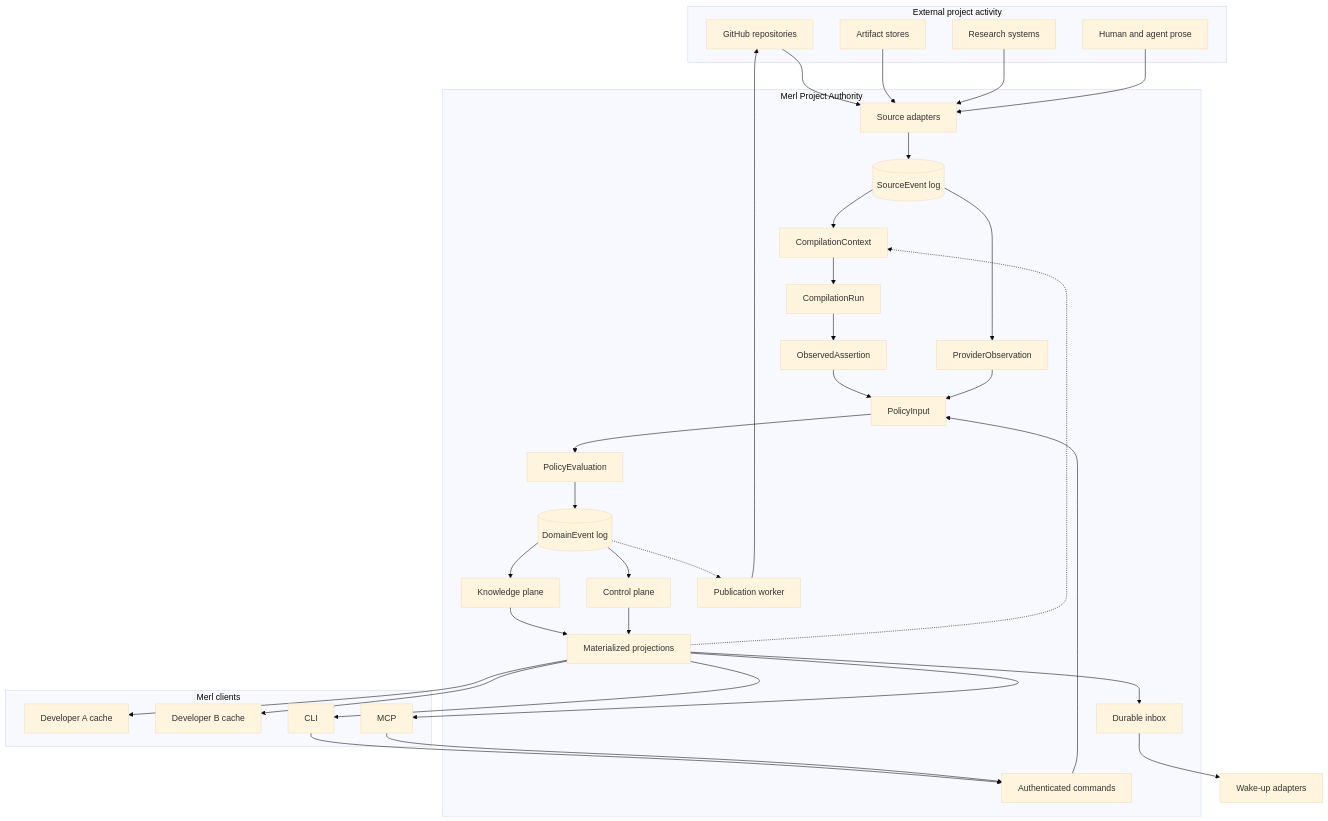
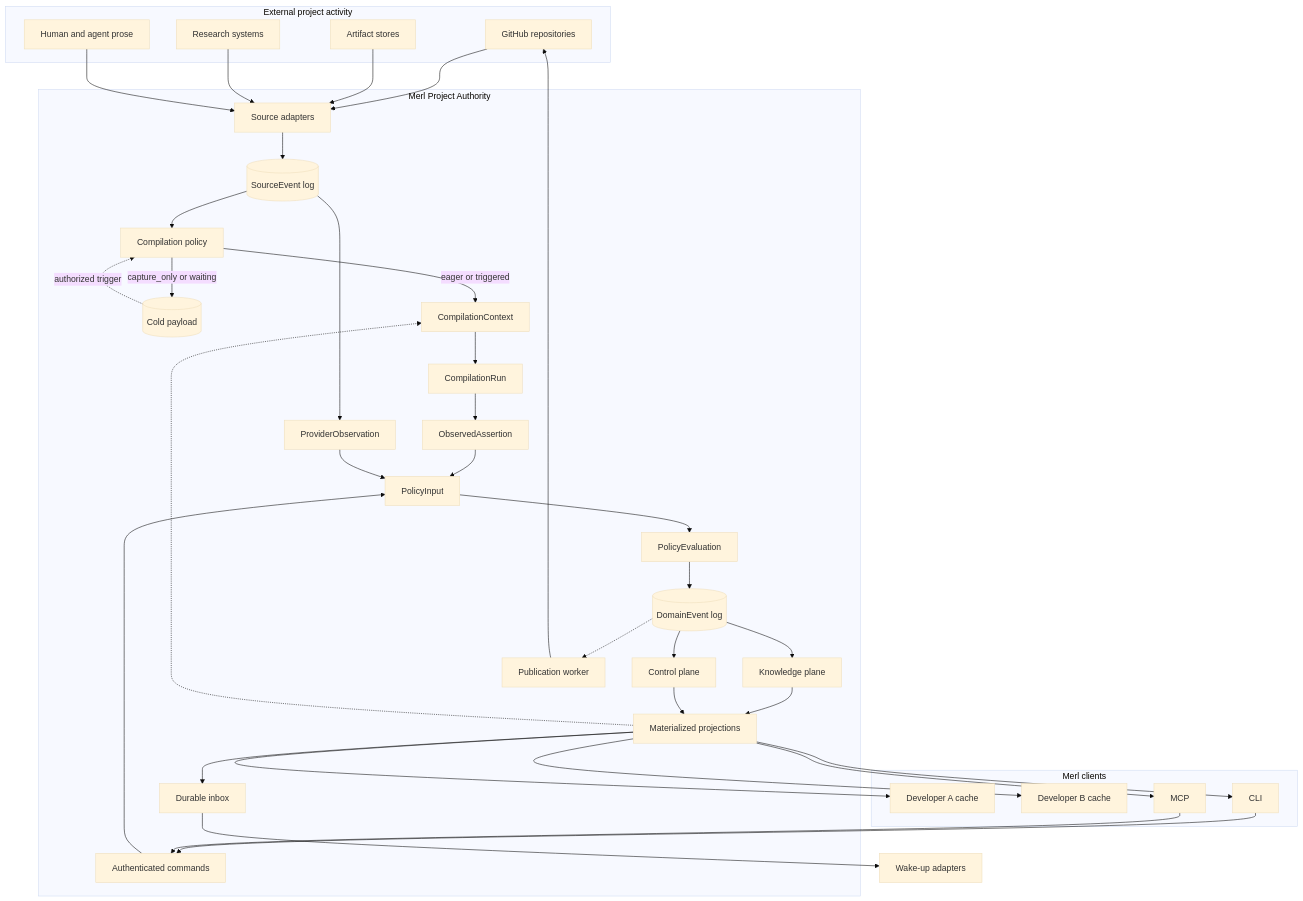
The first of 5 diagrams in docs/architecture.md (infagent/merl), drawn with Mermaid (base theme) before and after one commit. The commit also changed other lines of this file and 3 other files, not shown here.

````diff
--- a/docs/architecture.md
+++ b/docs/architecture.md
@@ -45,56 +46,61 @@
 ```mermaid
 flowchart TB
     subgraph activity[External project activity]
         GH[GitHub repositories]
         AR[Artifact stores]
         RR[Research systems]
         DM[Human and agent prose]
     end
 
     subgraph authority[Merl Project Authority]
         SA[Source adapters]
         SE[(SourceEvent log)]
+        CG[Compilation policy]
+        COLD[(Cold payload)]
         CX[CompilationContext]
         CR[CompilationRun]
         OA[ObservedAssertion]
         PO[ProviderObservation]
         PI[PolicyInput]
         PE[PolicyEvaluation]
         DE[(DomainEvent log)]
         KP[Knowledge plane]
         CP[Control plane]
         MP[Materialized projections]
         IN[Durable inbox]
         CMD[Authenticated commands]
         PUB[Publication worker]
 
-        SA --> SE --> CX --> CR --> OA --> PI --> PE --> DE
+        SA --> SE --> CG
+        CG -->|eager or triggered| CX --> CR --> OA --> PI --> PE --> DE
+        CG -->|capture_only or waiting| COLD
+        COLD -. authorized trigger .-> CG
         SE --> PO --> PI
         CMD --> PI
         DE --> KP --> MP
         DE --> CP --> MP
         MP -.-> CX
         MP --> IN
         DE -.-> PUB
     end
 
     subgraph clients[Merl clients]
         A[Developer A cache]
         B[Developer B cache]
         CLI[CLI]
         MCP[MCP]
     end
 
     GH --> SA
     AR --> SA
     RR --> SA
     DM --> SA
     MP --> A
     MP --> B
     MP --> CLI
     MP --> MCP
     CLI --> CMD
     MCP --> CMD
     IN --> WA[Wake-up adapters]
     PUB --> GH
 ```
````
